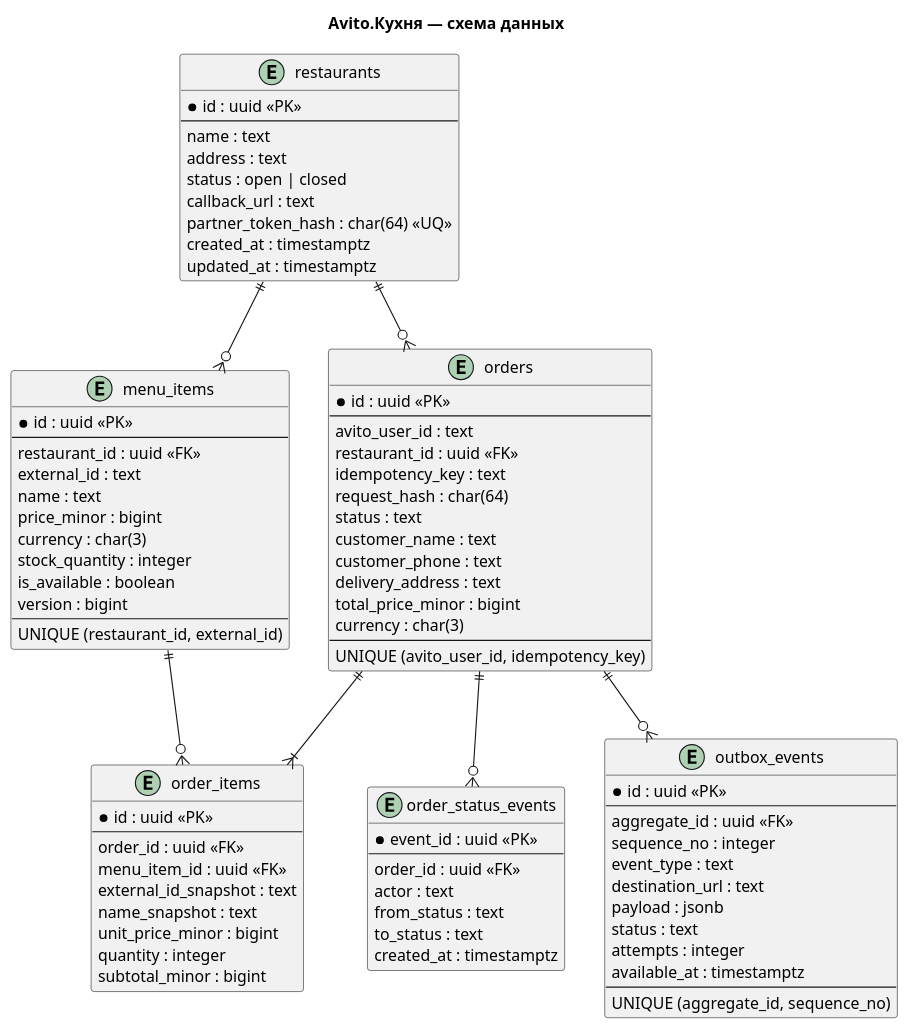
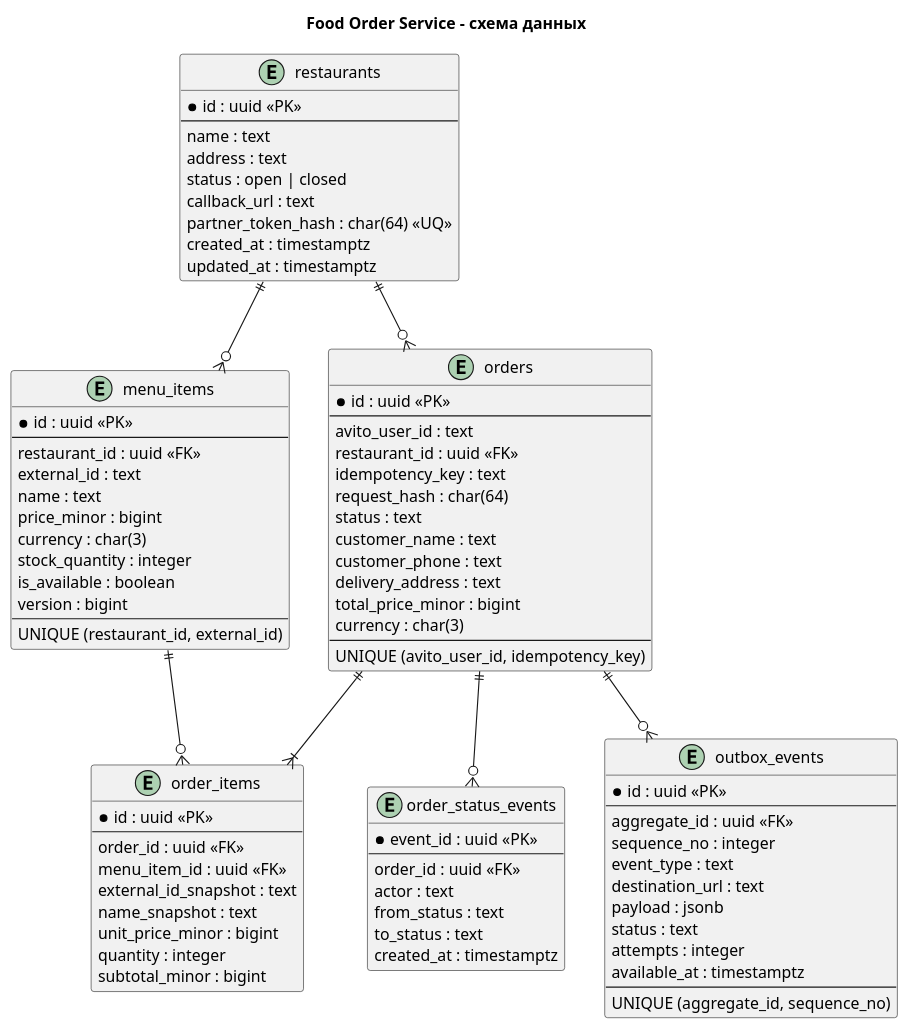
The diagram in docs/er-diagram.puml (l3ssthanthree/food-order-service), drawn with PlantUML before and after one commit. The commit also changed 9 other files, not shown here.

Commit message:
docs: present Food Order Service for backend portfolio

```diff
--- a/docs/er-diagram.puml
+++ b/docs/er-diagram.puml
@@ -1,93 +1,93 @@
 @startuml
-title Avito.Кухня — схема данных
+title Food Order Service - схема данных
 hide methods
 hide stereotypes
 
 entity restaurants {
   * id : uuid <<PK>>
   --
   name : text
   address : text
   status : open | closed
   callback_url : text
   partner_token_hash : char(64) <<UQ>>
   created_at : timestamptz
   updated_at : timestamptz
 }
 
 entity menu_items {
   * id : uuid <<PK>>
   --
   restaurant_id : uuid <<FK>>
   external_id : text
   name : text
   price_minor : bigint
   currency : char(3)
   stock_quantity : integer
   is_available : boolean
   version : bigint
   --
   UNIQUE (restaurant_id, external_id)
 }
 
 entity orders {
   * id : uuid <<PK>>
   --
   avito_user_id : text
   restaurant_id : uuid <<FK>>
   idempotency_key : text
   request_hash : char(64)
   status : text
   customer_name : text
   customer_phone : text
   delivery_address : text
   total_price_minor : bigint
   currency : char(3)
   --
   UNIQUE (avito_user_id, idempotency_key)
 }
 
 entity order_items {
   * id : uuid <<PK>>
   --
   order_id : uuid <<FK>>
   menu_item_id : uuid <<FK>>
   external_id_snapshot : text
   name_snapshot : text
   unit_price_minor : bigint
   quantity : integer
   subtotal_minor : bigint
 }
 
 entity order_status_events {
   * event_id : uuid <<PK>>
   --
   order_id : uuid <<FK>>
   actor : text
   from_status : text
   to_status : text
   created_at : timestamptz
 }
 
 entity outbox_events {
   * id : uuid <<PK>>
   --
   aggregate_id : uuid <<FK>>
   sequence_no : integer
   event_type : text
   destination_url : text
   payload : jsonb
   status : text
   attempts : integer
   available_at : timestamptz
   --
   UNIQUE (aggregate_id, sequence_no)
 }
 
 restaurants ||--o{ menu_items
 restaurants ||--o{ orders
 orders ||--|{ order_items
 menu_items ||--o{ order_items
 orders ||--o{ order_status_events
 orders ||--o{ outbox_events
 @enduml
```
